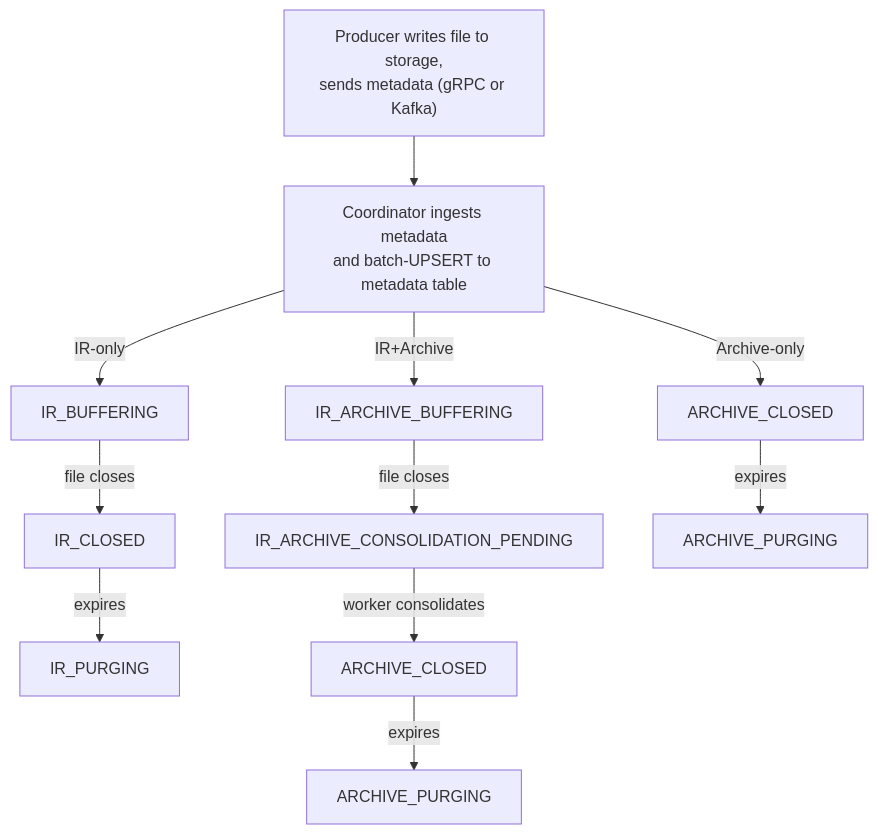
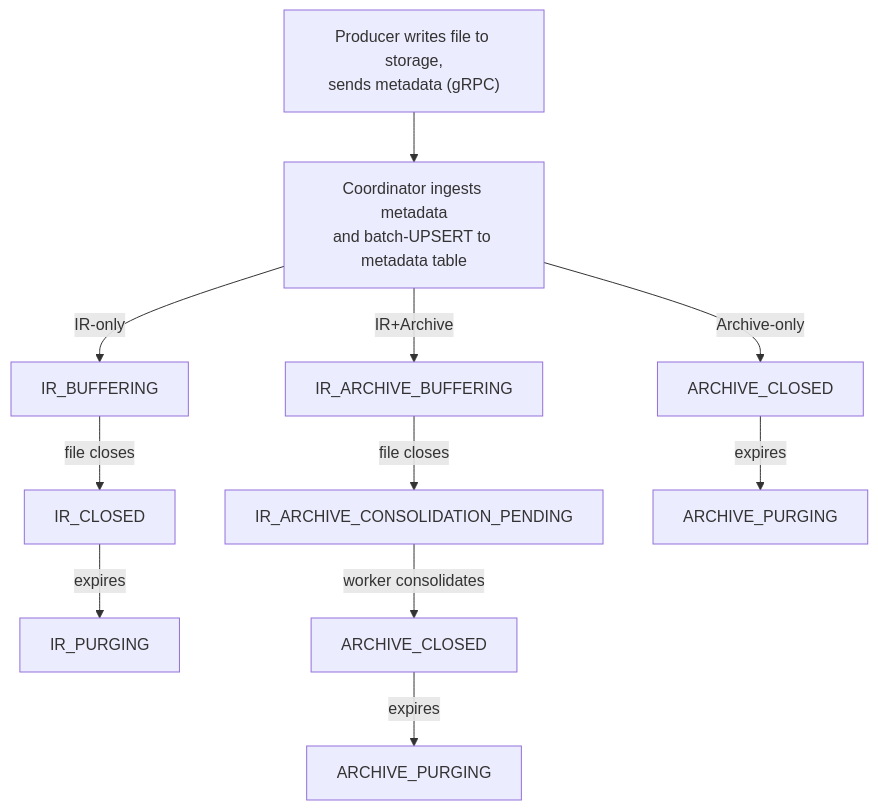
The third of 3 diagrams in docs/concepts/overview.md (y-scope/metalog), drawn with Mermaid before and after one commit. The commit also changed other lines of this file and 39 other files, not shown here.

````diff
--- a/docs/concepts/overview.md
+++ b/docs/concepts/overview.md
@@ -70,20 +67,20 @@
 ```mermaid
 graph TD
-    A["Producer writes file to storage,<br/>sends metadata (gRPC or Kafka)"]
+    A["Producer writes file to storage,<br/>sends metadata (gRPC)"]
     B["Coordinator ingests metadata<br/>and batch-UPSERT to metadata table"]
 
     A --> B
 
     B -->|"IR-only"| IR1["IR_BUFFERING"]
     B -->|"IR+Archive"| IRA1["IR_ARCHIVE_BUFFERING"]
     B -->|"Archive-only"| AO1["ARCHIVE_CLOSED"]
 
     IR1 -->|"file closes"| IR2["IR_CLOSED"]
     IR2 -->|"expires"| IR3a["IR_PURGING"]
 
     IRA1 -->|"file closes"| IRA2["IR_ARCHIVE_CONSOLIDATION_PENDING"]
     IRA2 -->|"worker consolidates"| IRA3["ARCHIVE_CLOSED"]
     IRA3 -->|"expires"| IRA4a["ARCHIVE_PURGING"]
 
     AO1 -->|"expires"| AO2a["ARCHIVE_PURGING"]
 ```
````
